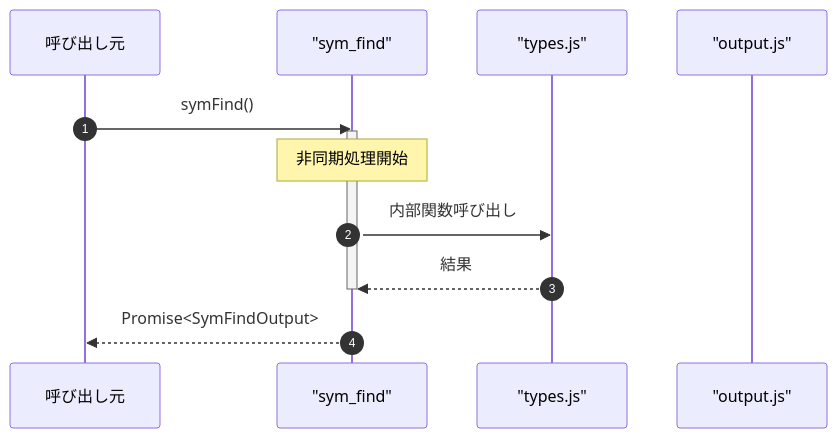
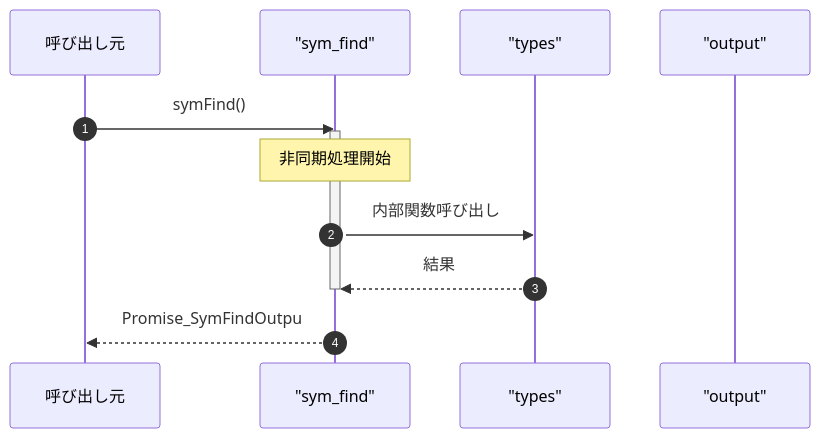
The second of 2 diagrams in ABDD/.pi/extensions/search/tools/sym_find.md (Mekann2904/mekann), drawn with Mermaid before and after one commit. The commit also changed other lines of this file and 174 other files, not shown here.

First line of the commit message:
fix(docs): ABDDのMermaid図生成エラーを修正する

````diff
--- a/ABDD/.pi/extensions/search/tools/sym_find.md
+++ b/ABDD/.pi/extensions/search/tools/sym_find.md
@@ -54,16 +54,16 @@
 ```mermaid
 sequenceDiagram
   autonumber
   participant Caller as 呼び出し元
   participant sym_find as "sym_find"
-  participant types_js as "types.js"
-  participant output_js as "output.js"
+  participant types as "types"
+  participant output as "output"
 
   Caller->>sym_find: symFind()
   activate sym_find
   Note over sym_find: 非同期処理開始
-  sym_find->>types_js: 内部関数呼び出し
-  types_js-->>sym_find: 結果
+  sym_find->>types: 内部関数呼び出し
+  types-->>sym_find: 結果
   deactivate sym_find
-  sym_find-->>Caller: Promise<SymFindOutput>
+  sym_find-->>Caller: Promise_SymFindOutpu
 ```
````
